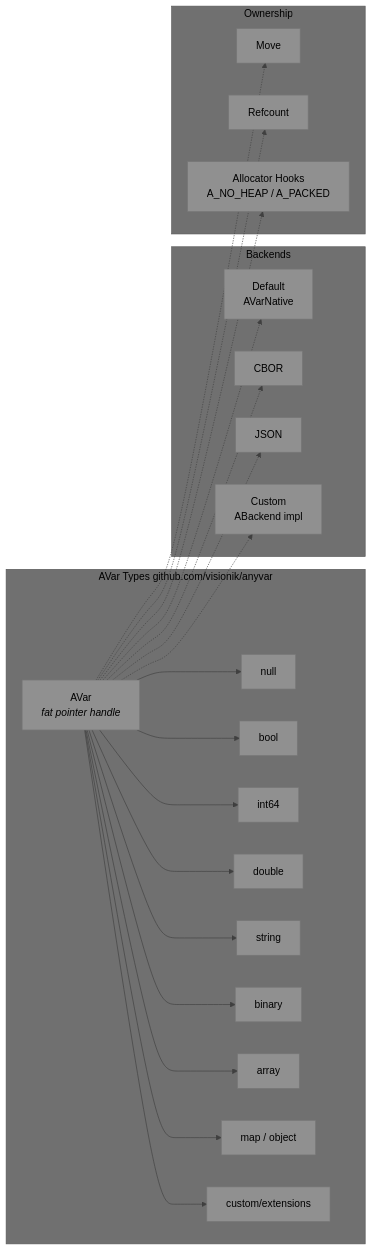
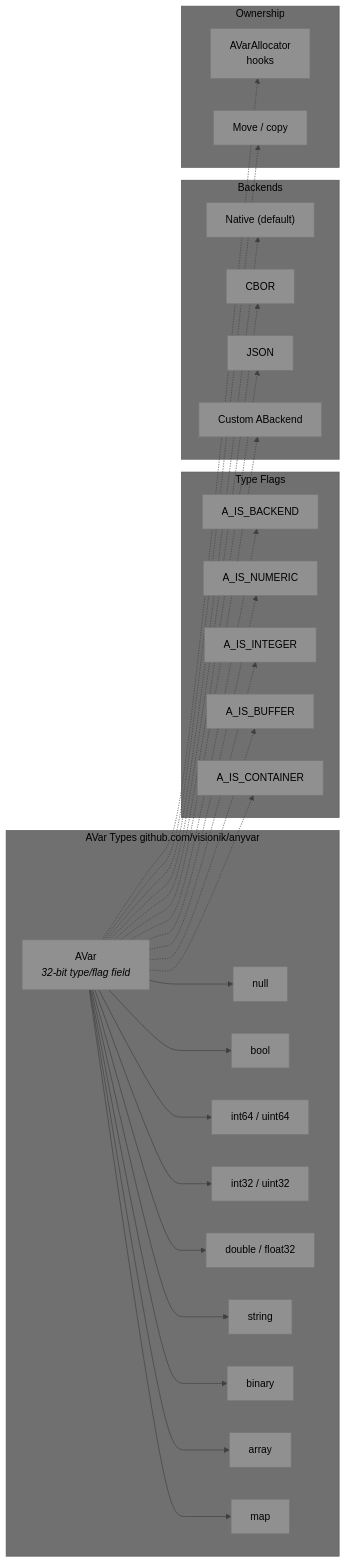
One commit to visionik/anyflux changed the third of 11 diagrams in README.md. Above: the diagram before and after it, drawn with Mermaid. The commit also changed other lines of this file, not shown here.

Commit message:
docs: sync with anyvar Phase 1 — expanded types, camelCase API, error codes, flag macros

````diff
--- a/README.md
+++ b/README.md
@@ -103,37 +103,48 @@
 ```mermaid
 %%{init: {'theme': 'base', 'themeVariables': { 'primaryColor': '#909090', 'secondaryColor': '#808080', 'tertiaryColor': '#707070', 'primaryTextColor': '#000000', 'secondaryTextColor': '#000000', 'tertiaryTextColor': '#000000', 'noteTextColor': '#000000', 'lineColor': '#404040' }}}%%
 graph LR
     subgraph "AVar Types  github.com/visionik/anyvar"
-        V["AVar<br/><i>fat pointer handle</i>"]
+        V["AVar<br/><i>32-bit type/flag field</i>"]
         V --> N[null]
         V --> B[bool]
-        V --> I[int64]
-        V --> D[double]
+        V --> I["int64 / uint64"]
+        V --> I2["int32 / uint32"]
+        V --> D["double / float32"]
         V --> S[string]
         V --> BN[binary]
         V --> A[array]
-        V --> M[map / object]
-        V --> X[custom/extensions]
+        V --> M[map]
+    end
+
+    subgraph "Type Flags"
+        F1["A_IS_BACKEND"]
+        F2["A_IS_NUMERIC"]
+        F3["A_IS_INTEGER"]
+        F4["A_IS_BUFFER"]
+        F5["A_IS_CONTAINER"]
     end
 
     subgraph "Backends"
-        NB["Default<br/>AVarNative"]
+        NB["Native (default)"]
         CB["CBOR"]
         JB["JSON"]
-        XB["Custom<br/>ABackend impl"]
+        XB["Custom ABackend"]
     end
 
     subgraph "Ownership"
-        MV[Move]
-        RC[Refcount]
-        AH["Allocator Hooks<br/>A_NO_HEAP / A_PACKED"]
+        AH["AVarAllocator<br/>hooks"]
+        MV[Move / copy]
     end
 
+    V -.-> F1
+    V -.-> F2
+    V -.-> F3
+    V -.-> F4
+    V -.-> F5
     V -.-> NB
     V -.-> CB
     V -.-> JB
     V -.-> XB
+    V -.-> AH
     V -.-> MV
-    V -.-> RC
-    V -.-> AH
 ```
````
